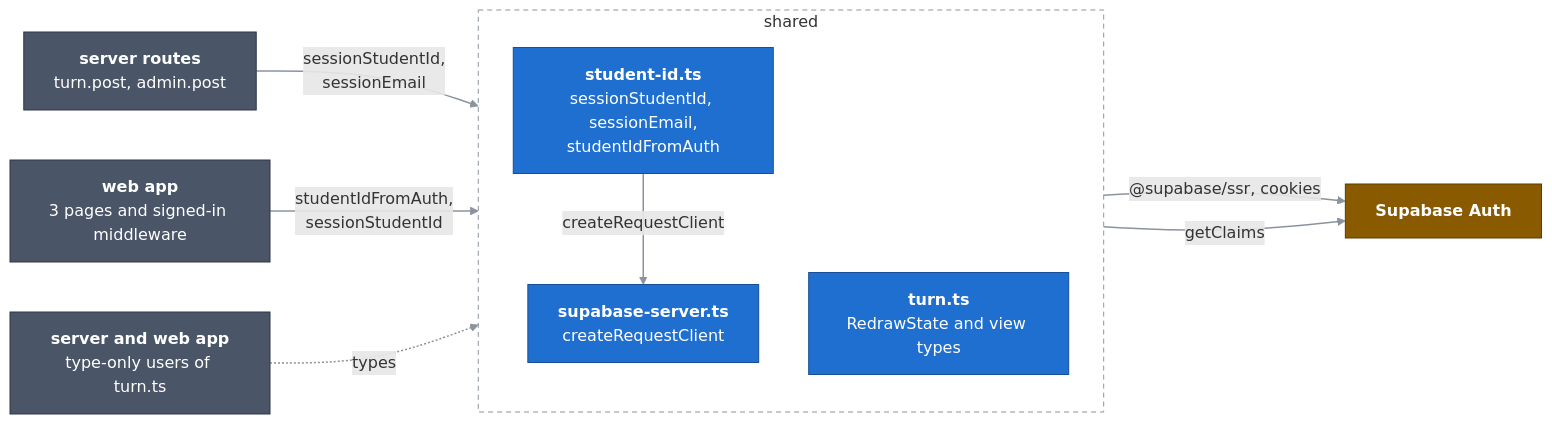
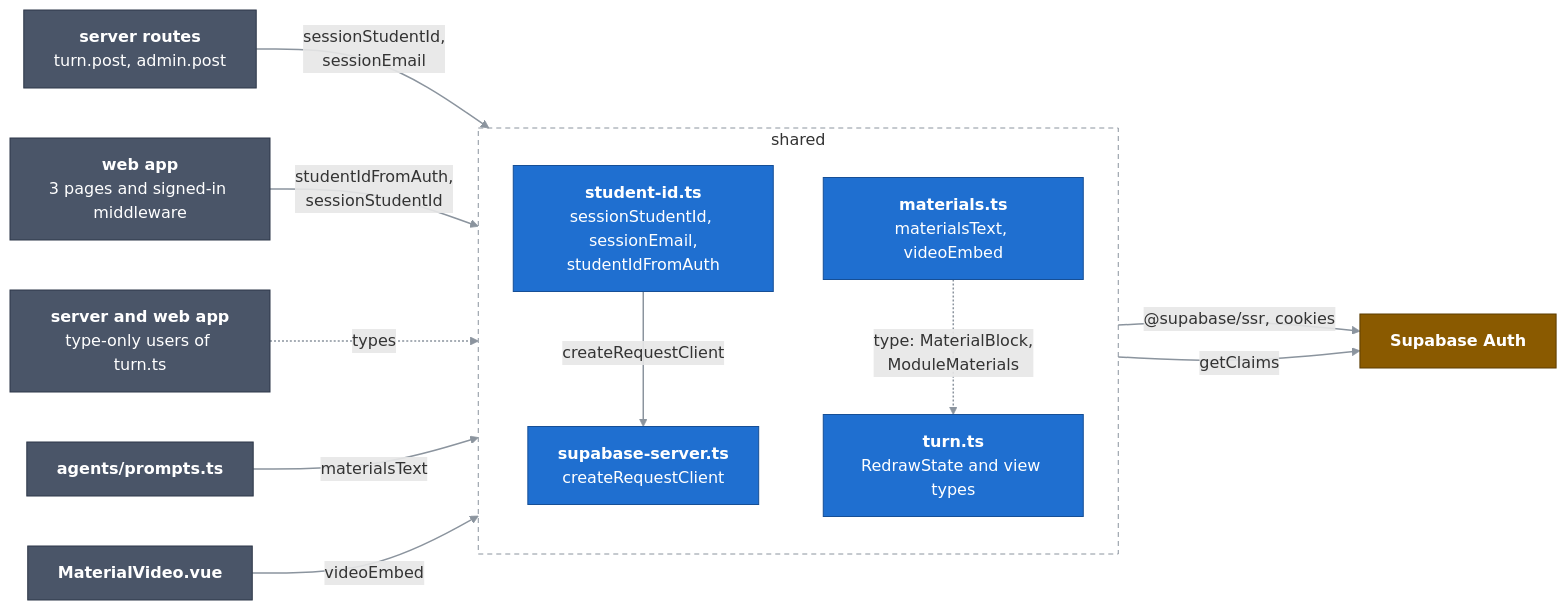
Before and after one commit to Bill2926/COS40005_HN9_Verifiable_Co-Learner_Agent: the diagram in docs/c4/03-components/shared.md, drawn with Mermaid. The commit also changed other lines of this file and 20 other files, not shown here.

Commit message:
Keep a module's materials readable on a phone, including its diagram and video. (#181)

````diff
--- a/docs/c4/03-components/shared.md
+++ b/docs/c4/03-components/shared.md
@@ -10,28 +10,35 @@
 ```mermaid
 flowchart LR
   classDef comp fill:#1f6fd0,stroke:#164f96,color:#ffffff
   classDef near fill:#4a5568,stroke:#2d3748,color:#ffffff
   classDef ext fill:#8a5a00,stroke:#5c3c00,color:#ffffff
   linkStyle default stroke:#8b949e,stroke-width:1.5px
 
   routes["<b>server routes</b><br/>turn.post, admin.post"]:::near
   pagesmw["<b>web app</b><br/>3 pages and signed-in middleware"]:::near
   typeUsers["<b>server and web app</b><br/>type-only users of turn.ts"]:::near
   auth["<b>Supabase Auth</b>"]:::ext
 
   subgraph shared["shared"]
     direction TB
     studentId["<b>student-id.ts</b><br/>sessionStudentId, sessionEmail,<br/>studentIdFromAuth"]:::comp
     supabaseServer["<b>supabase-server.ts</b><br/>createRequestClient"]:::comp
     turnTypes["<b>turn.ts</b><br/>RedrawState and view types"]:::comp
+    materials["<b>materials.ts</b><br/>materialsText, videoEmbed"]:::comp
   end
+
+  prompts["<b>agents/prompts.ts</b>"]:::near
+  video["<b>MaterialVideo.vue</b>"]:::near
 
   routes -->|"sessionStudentId,<br/>sessionEmail"| studentId
   pagesmw -->|"studentIdFromAuth,<br/>sessionStudentId"| studentId
   studentId -->|"createRequestClient"| supabaseServer
   supabaseServer -->|"@supabase/ssr, cookies"| auth
   studentId -->|"getClaims"| auth
   typeUsers -.->|"types"| turnTypes
+  prompts -->|"materialsText"| materials
+  video -->|"videoEmbed"| materials
+  materials -.->|"type: MaterialBlock,<br/>ModuleMaterials"| turnTypes
 
   style shared fill:none,stroke:#8b949e,stroke-dasharray:5 4
 ```
````
